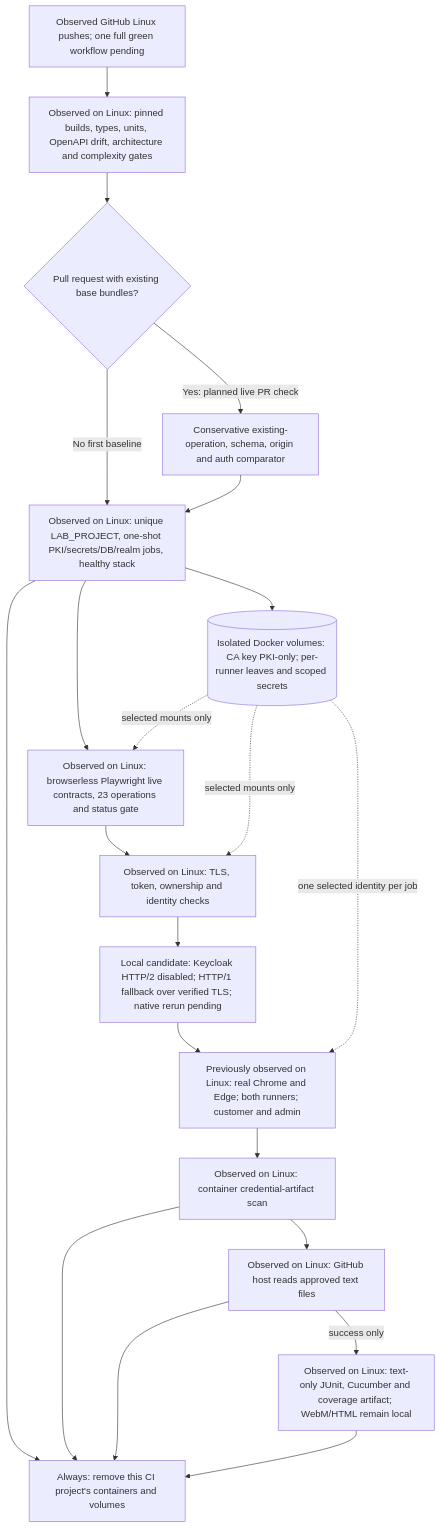
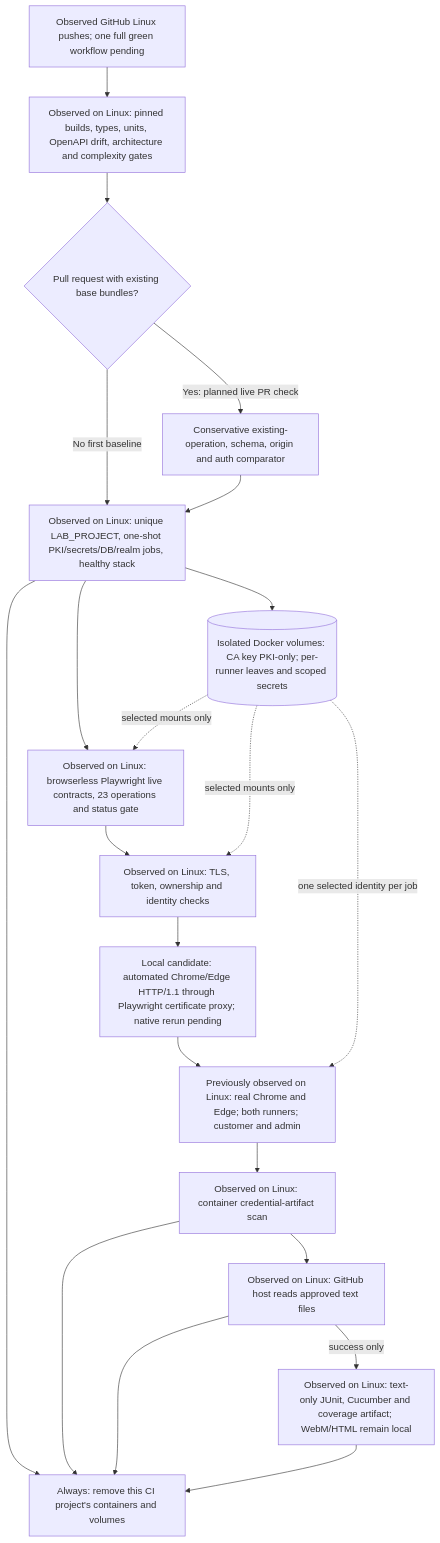
Before and after one commit to orieken/testing-with-certs: the tenth of 18 diagrams in docs/workflows.md, drawn with Mermaid. The commit also changed other lines of this file and 12 other files, not shown here.

Commit message:
Limit automated certificate browsers to HTTP/1.1 for CI

````diff
--- a/docs/workflows.md
+++ b/docs/workflows.md
@@ -329,23 +329,23 @@
 ```mermaid
 flowchart TD
   Trigger["Observed GitHub Linux pushes; one full green workflow pending"] --> Static["Observed on Linux: pinned builds, types, units, OpenAPI drift, architecture and complexity gates"]
   Static --> Base{"Pull request with existing base bundles?"}
   Base -->|"Yes: planned live PR check"| Compare["Conservative existing-operation, schema, origin and auth comparator"]
   Base -->|"No first baseline"| Compose
   Compare --> Compose["Observed on Linux: unique LAB_PROJECT, one-shot PKI/secrets/DB/realm jobs, healthy stack"]
   Compose --> Certs[("Isolated Docker volumes: CA key PKI-only; per-runner leaves and scoped secrets")]
   Compose --> Contracts["Observed on Linux: browserless Playwright live contracts, 23 operations and status gate"]
   Contracts --> Security["Observed on Linux: TLS, token, ownership and identity checks"]
-  Security --> Candidate["Local candidate: Keycloak HTTP/2 disabled; HTTP/1 fallback over verified TLS; native rerun pending"]
+  Security --> Candidate["Local candidate: automated Chrome/Edge HTTP/1.1 through Playwright certificate proxy; native rerun pending"]
   Candidate --> Matrix["Previously observed on Linux: real Chrome and Edge; both runners; customer and admin"]
   Certs -.->|"selected mounts only"| Contracts
   Certs -.->|"selected mounts only"| Security
   Certs -.->|"one selected identity per job"| Matrix
   Matrix --> Scan["Observed on Linux: container credential-artifact scan"]
   Scan --> Readable["Observed on Linux: GitHub host reads approved text files"]
   Readable -->|"success only"| Upload["Observed on Linux: text-only JUnit, Cucumber and coverage artifact; WebM/HTML remain local"]
   Compose --> Cleanup["Always: remove this CI project's containers and volumes"]
   Scan --> Cleanup
   Readable --> Cleanup
   Upload --> Cleanup
 ```
````
